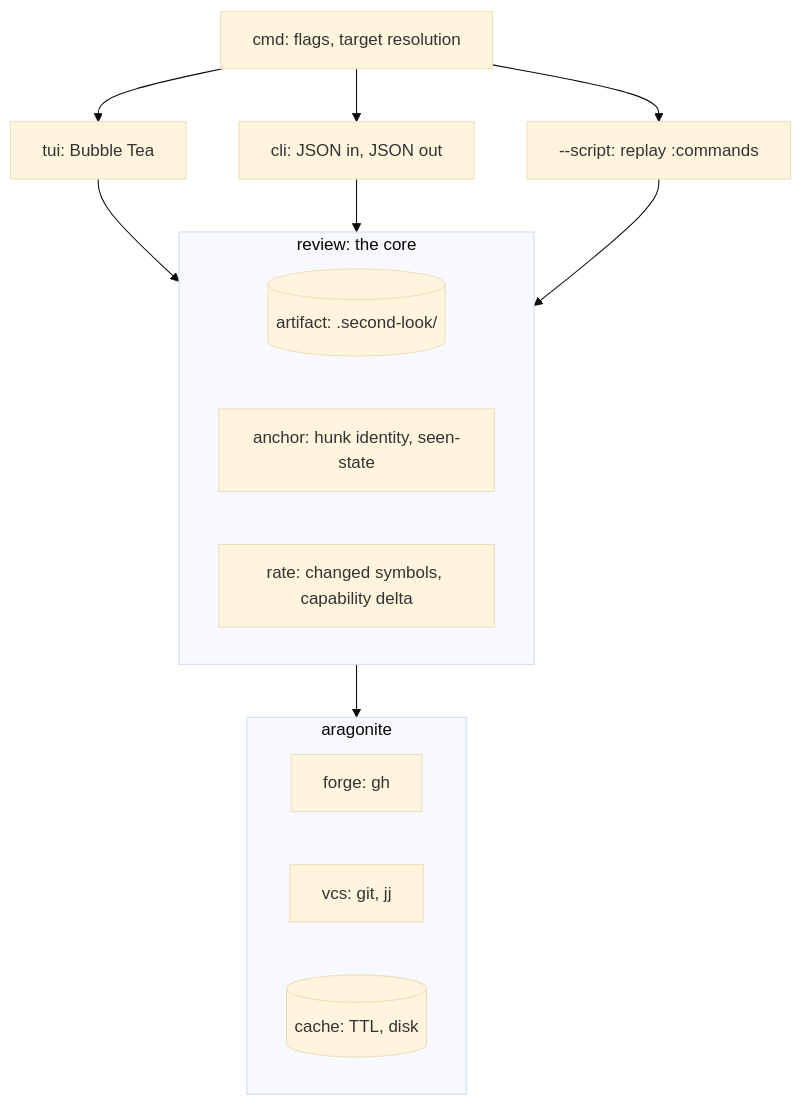
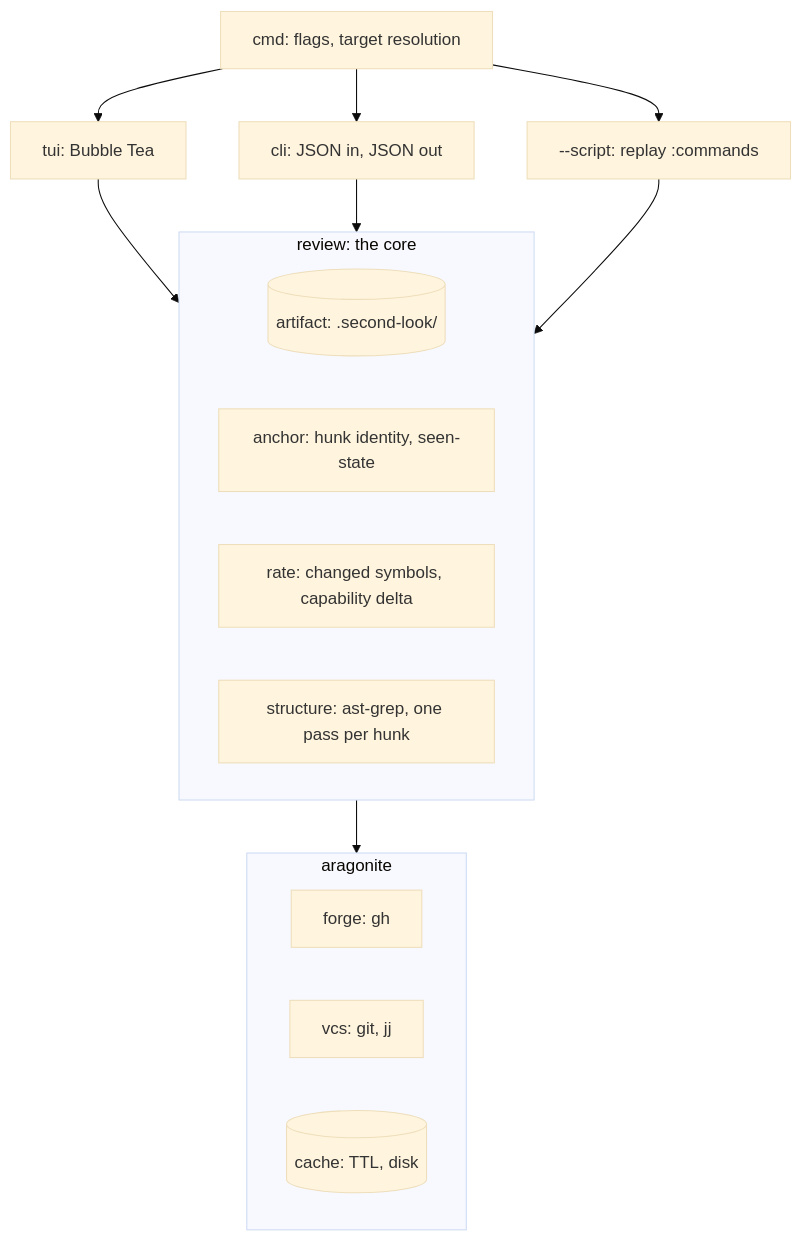
Before and after one commit to KyleKing/second-look: the diagram in DESIGN.md, drawn with Mermaid (base theme). The commit also changed other lines of this file and 2 other files, not shown here.

````diff
--- a/DESIGN.md
+++ b/DESIGN.md
@@ -21,22 +21,23 @@
 ```mermaid
 flowchart TB
     main["cmd: flags, target resolution"] --> tui["tui: Bubble Tea"]
     main --> cli["cli: JSON in, JSON out"]
     main --> script["--script: replay :commands"]
 
     tui & cli & script --> review
 
     subgraph review["review: the core"]
         artifact[("artifact: .second-look/")]
         anchor["anchor: hunk identity, seen-state"]
         rate["rate: changed symbols, capability delta"]
+        structure["structure: ast-grep, one pass per hunk"]
     end
 
     review --> ara
 
     subgraph ara["aragonite"]
         forge["forge: gh"]
         vcs["vcs: git, jj"]
         cache[("cache: TTL, disk")]
     end
 ```
````
